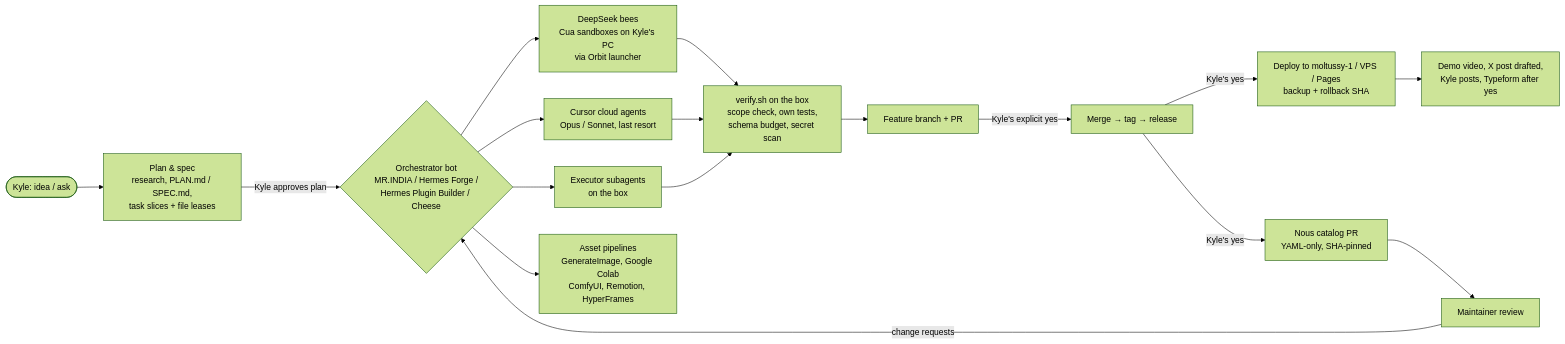
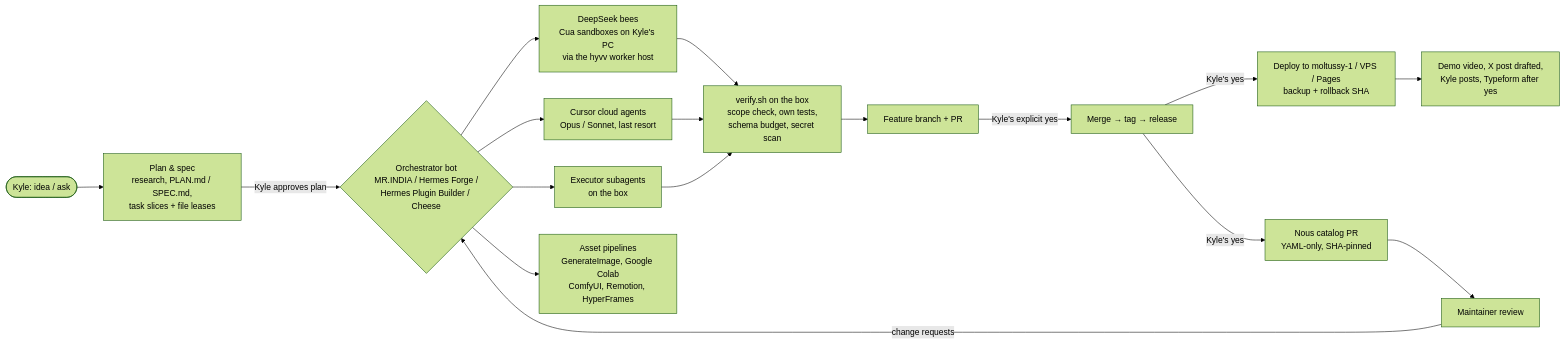
One commit to mojomast/workflow changed the diagram in README.md. Above: the diagram before and after it, drawn with Mermaid (forest theme). The commit also changed other lines of this file and 11 other files, not shown here.

Commit message:
observability: P1 extensible labels, P3 envelope discriminator, CI job; refresh README, CHANGELOG, ROADMAP to four-layer state

````diff
--- a/README.md
+++ b/README.md
@@ -19,18 +32,18 @@
 ```mermaid
 flowchart LR
     K([Kyle: idea / ask]) --> P[Plan & spec<br/>research, PLAN.md / SPEC.md,<br/>task slices + file leases]
     P -->|Kyle approves plan| O{Orchestrator bot<br/>MR.INDIA / Hermes Forge /<br/>Hermes Plugin Builder / Cheese}
-    O --> B[DeepSeek bees<br/>Cua sandboxes on Kyle's PC<br/>via Orbit launcher]
+    O --> B[DeepSeek bees<br/>Cua sandboxes on Kyle's PC<br/>via the hyvv worker host]
     O --> C[Cursor cloud agents<br/>Opus / Sonnet, last resort]
     O --> E[Executor subagents<br/>on the box]
     O --> G[Asset pipelines<br/>GenerateImage, Google Colab<br/>ComfyUI, Remotion, HyperFrames]
     B --> V[verify.sh on the box<br/>scope check, own tests,<br/>schema budget, secret scan]
     C --> V
     E --> V
     V --> PR[Feature branch + PR]
     PR -->|Kyle's explicit yes| M[Merge → tag → release]
     M -->|Kyle's yes| D[Deploy to moltussy-1 / VPS / Pages<br/>backup + rollback SHA]
     M -->|Kyle's yes| CAT[Nous catalog PR<br/>YAML-only, SHA-pinned]
     CAT --> R[Maintainer review] -->|change requests| O
     D --> DEMO[Demo video, X post drafted,<br/>Kyle posts, Typeform after yes]
 ```
````
